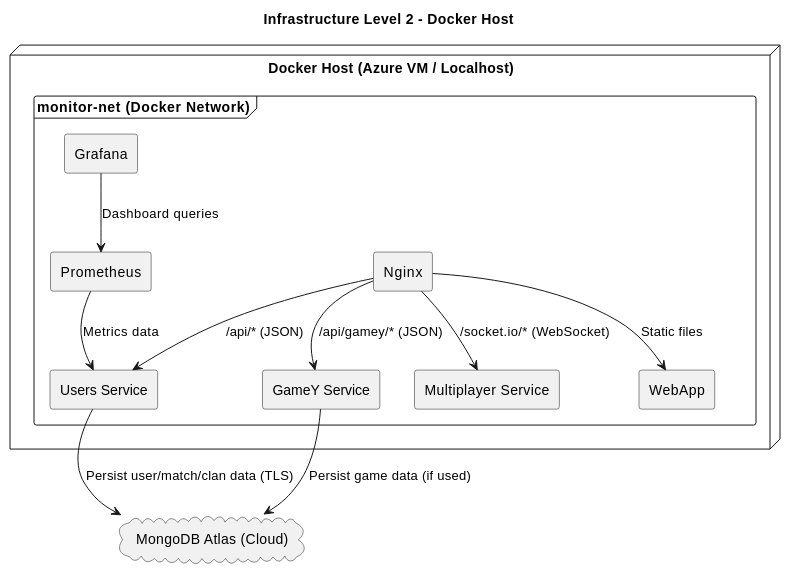
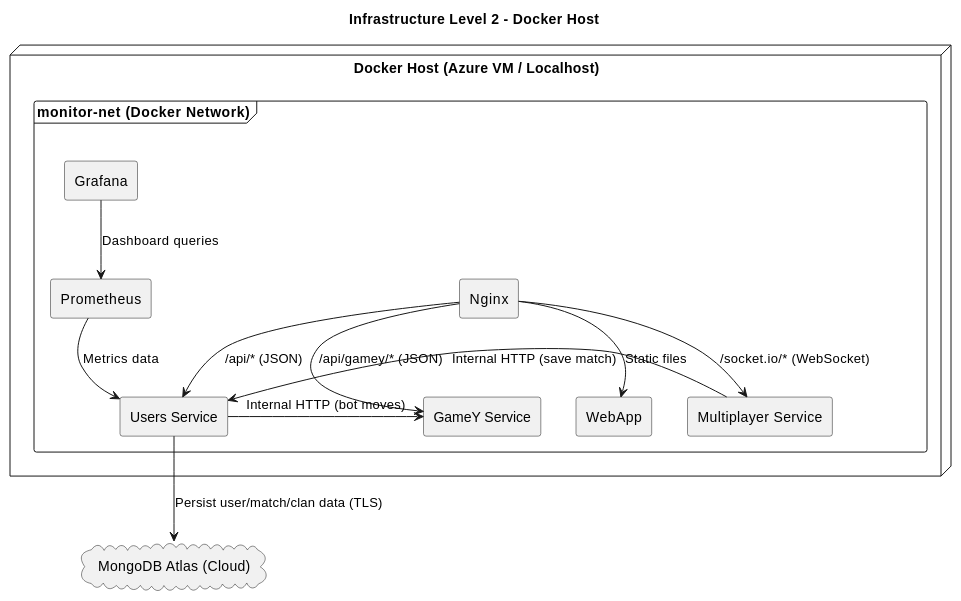
One commit to Arquisoft/yovi_es1a changed the second of 6 diagrams in docs/src/07_deployment_view.adoc. Above: the diagram before and after it, drawn with PlantUML. The commit also changed other lines of this file and 4 other files, not shown here.

```diff
--- a/docs/src/07_deployment_view.adoc
+++ b/docs/src/07_deployment_view.adoc
@@ -182,34 +121,35 @@
 [plantuml]
 ----
 @startuml
 title Infrastructure Level 2 - Docker Host
 
 skinparam shadowing false
 skinparam componentStyle rectangle
 
 node "Docker Host (Azure VM / Localhost)" as host {
   frame "monitor-net (Docker Network)" as net {
     [Nginx] as nginx
     [WebApp] as webapp
     [Users Service] as users
     [GameY Service] as gamey
     [Multiplayer Service] as multiplayer
     [Prometheus] as prom
     [Grafana] as graf
   }
 }
 
 cloud "MongoDB Atlas (Cloud)" as mongo
 
 nginx --> webapp : Static files
 nginx --> users : /api/* (JSON)
 nginx --> gamey : /api/gamey/* (JSON)
 nginx --> multiplayer : /socket.io/* (WebSocket)
 
 users --> mongo : Persist user/match/clan data (TLS)
-gamey --> mongo : Persist game data (if used)
+multiplayer -> users : Internal HTTP (save match)
+users -> gamey : Internal HTTP (bot moves)
 
 prom --> users : Metrics data
 graf --> prom : Dashboard queries
 @enduml
 ----
```
